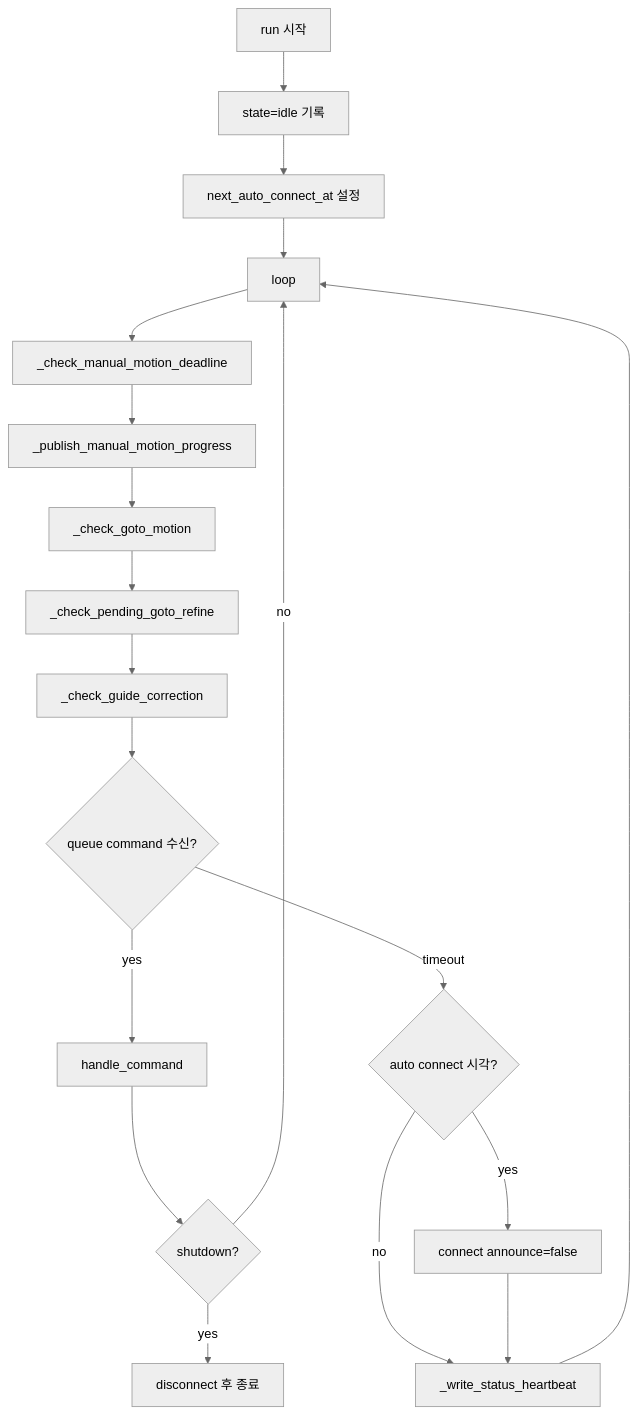
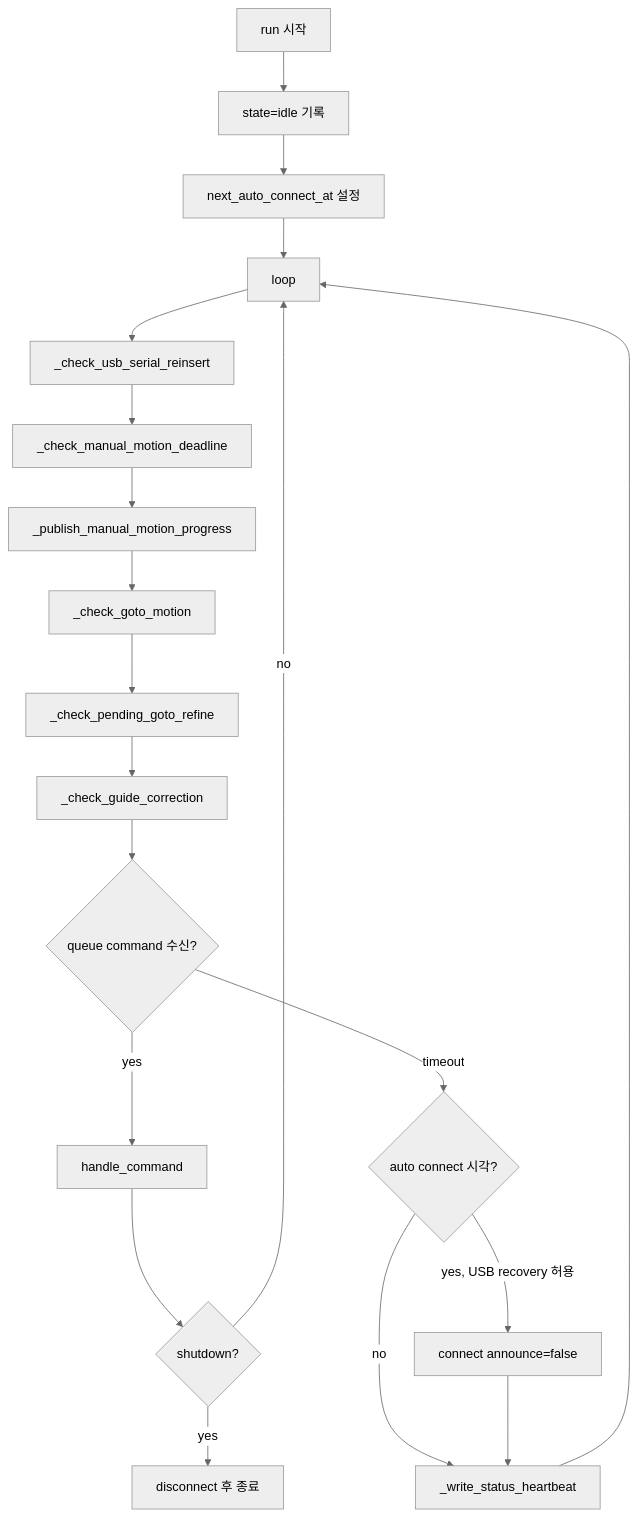
One commit to hjoungjoo/MF_PiFinder changed the second of 16 diagrams in docs/mf_dev/mf_mountcontrol_indi_flow_ko.md. Above: the diagram before and after it, drawn with Mermaid (neutral theme). The commit also changed other lines of this file and 7 other files, not shown here.

Commit message:
Add one-shot OnStep USB reconnect recovery

````diff
--- a/docs/mf_dev/mf_mountcontrol_indi_flow_ko.md
+++ b/docs/mf_dev/mf_mountcontrol_indi_flow_ko.md
@@ -121,21 +131,22 @@
 ```mermaid
 flowchart TD
     A[run 시작] --> B[state=idle 기록]
     B --> C[next_auto_connect_at 설정]
     C --> D[loop]
-    D --> E[_check_manual_motion_deadline]
+    D --> U[_check_usb_serial_reinsert]
+    U --> E[_check_manual_motion_deadline]
     E --> F[_publish_manual_motion_progress]
     F --> G[_check_goto_motion]
     G --> H[_check_pending_goto_refine]
     H --> I[_check_guide_correction]
     I --> J{queue command 수신?}
     J -->|yes| K[handle_command]
     K --> L{shutdown?}
     L -->|yes| Z[disconnect 후 종료]
     L -->|no| D
     J -->|timeout| M{auto connect 시각?}
-    M -->|yes| N[connect announce=false]
+    M -->|yes, USB recovery 허용| N[connect announce=false]
     M -->|no| O[_write_status_heartbeat]
     N --> O
     O --> D
 ```
````
